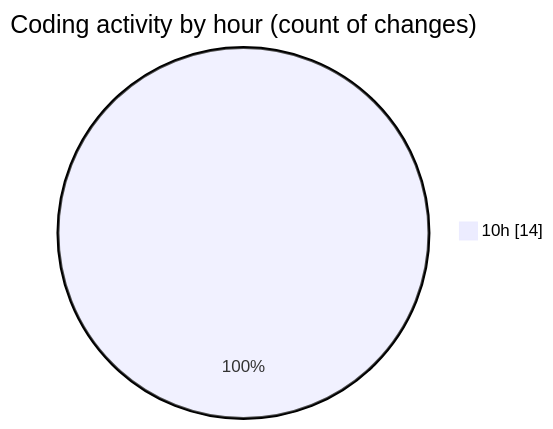
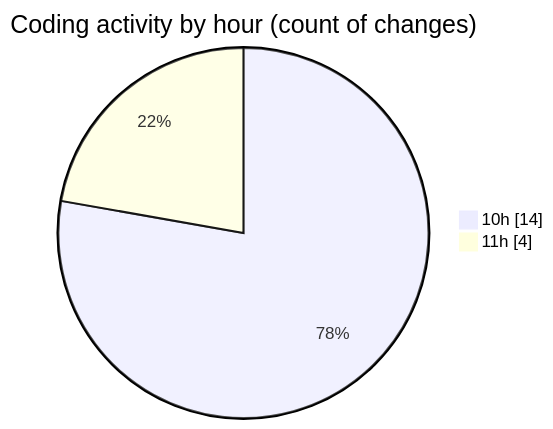
One commit to Elitesun/code-tracking changed the second of 2 diagrams in 2025-02-08/react_ecom/README.md. Above: the diagram before and after it, drawn with Mermaid. The commit also changed other lines of this file and 1 other file, not shown here.

````diff
--- a/2025-02-08/react_ecom/README.md
+++ b/2025-02-08/react_ecom/README.md
@@ -30,5 +32,6 @@
 ```mermaid
 pie showData
 title Coding activity by hour (count of changes)
 "10h" : 14
+"11h" : 4
 ```
````
